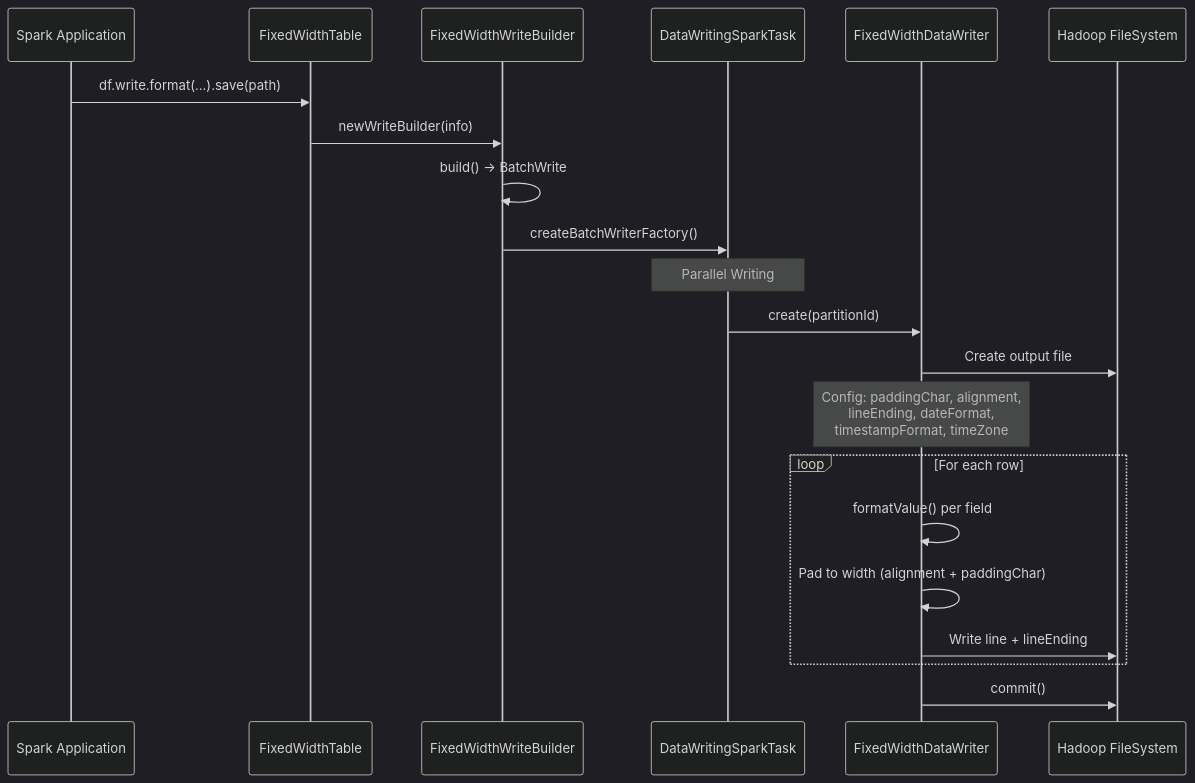
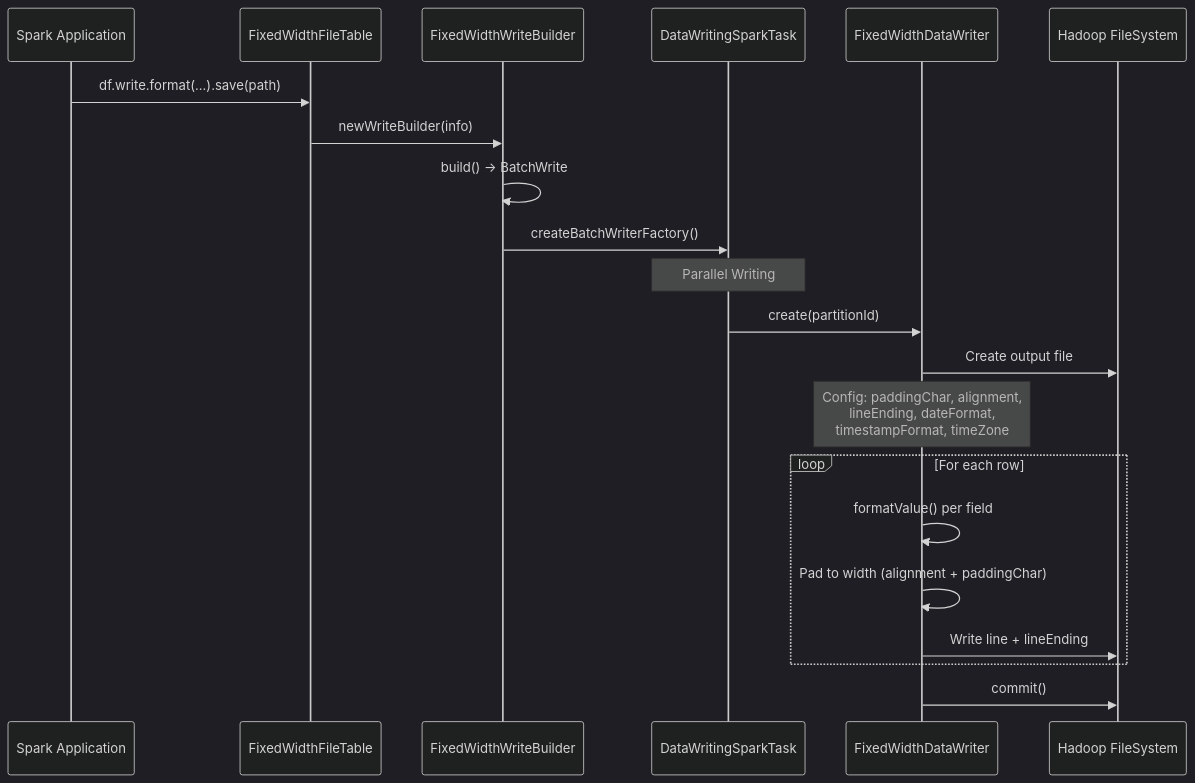
One commit to alextimmer/spark-databricks-fixedwidth-datasource-v2 changed the fourth of 6 diagrams in docs/ARCHITECTURE.md. Above: the diagram before and after it, drawn with Mermaid (dark theme). The commit also changed other lines of this file and 32 other files, not shown here.

````diff
--- a/docs/ARCHITECTURE.md
+++ b/docs/ARCHITECTURE.md
@@ -390,27 +408,27 @@
 ```mermaid
 sequenceDiagram
     participant App as Spark Application
-    participant Table as FixedWidthTable
+    participant Table as FixedWidthFileTable
     participant Writer as FixedWidthWriteBuilder
     participant Committer as DataWritingSparkTask
     participant DataWriter as FixedWidthDataWriter
     participant Hadoop as Hadoop FileSystem
 
     App->>Table: df.write.format(...).save(path)
     Table->>Writer: newWriteBuilder(info)
     Writer->>Writer: build() → BatchWrite
     Writer->>Committer: createBatchWriterFactory()
 
     Note over Committer: Parallel Writing
     Committer->>DataWriter: create(partitionId)
     DataWriter->>Hadoop: Create output file
     Note over DataWriter: Config: paddingChar, alignment,<br/>lineEnding, dateFormat,<br/>timestampFormat, timeZone
 
     loop For each row
         DataWriter->>DataWriter: formatValue() per field
         DataWriter->>DataWriter: Pad to width (alignment + paddingChar)
         DataWriter->>Hadoop: Write line + lineEnding
     end
 
     DataWriter->>Hadoop: commit()
 ```
````
